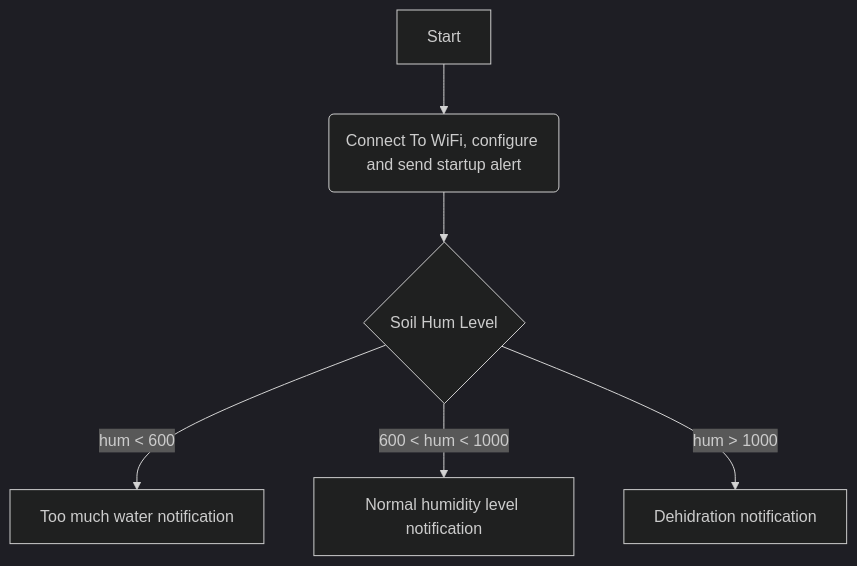
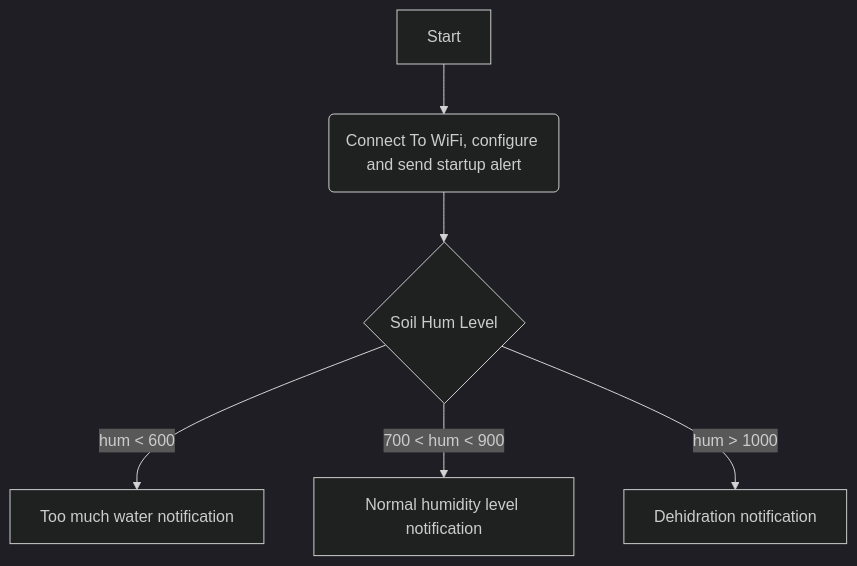
Before and after one commit to AMasetti/EKO-Telegram-Soil-Sensor: the diagram in README.md, drawn with Mermaid (dark theme). The commit also changed 1 other file, not shown here.

Commit message:
Added Hysteresis

````diff
--- a/README.md
+++ b/README.md
@@ -12,8 +12,8 @@
 ```mermaid
 graph TD;
 A[Start] --> B(Connect To WiFi, configure and send startup alert)
 B --> C{Soil Hum Level}
 C -->|hum < 600| D[Too much water notification]
-C -->|600 < hum < 1000| E[Normal humidity level notification]
+C -->|700 < hum < 900| E[Normal humidity level notification]
 C -->|hum > 1000| F[Dehidration notification]
 ```
````
